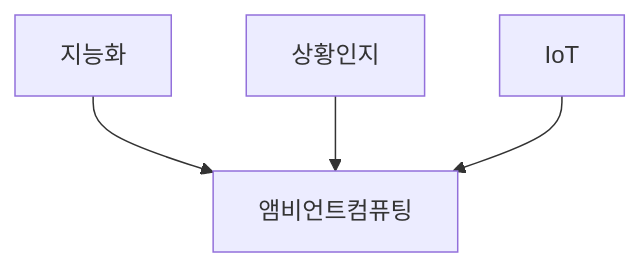
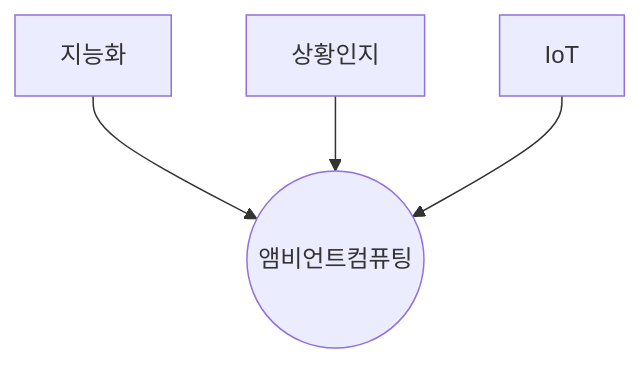
One commit to gracefullight/gracefullight.github.io changed the third of 3 diagrams in blog/pe/conv/ambient-computing.md. Above: the diagram before and after it, drawn with Mermaid. The commit also changed 16 other files, not shown here.

````diff
--- a/blog/pe/conv/ambient-computing.md
+++ b/blog/pe/conv/ambient-computing.md
@@ -69,11 +69,11 @@
 ```mermaid
 graph TB
   AI[지능화]
   ContextAware[상황인지]
   IoT
-  ABC[앰비언트컴퓨팅]
+  ABC((앰비언트컴퓨팅))
 
   AI-->ABC
   ContextAware-->ABC
   IoT-->ABC
 ```
````
